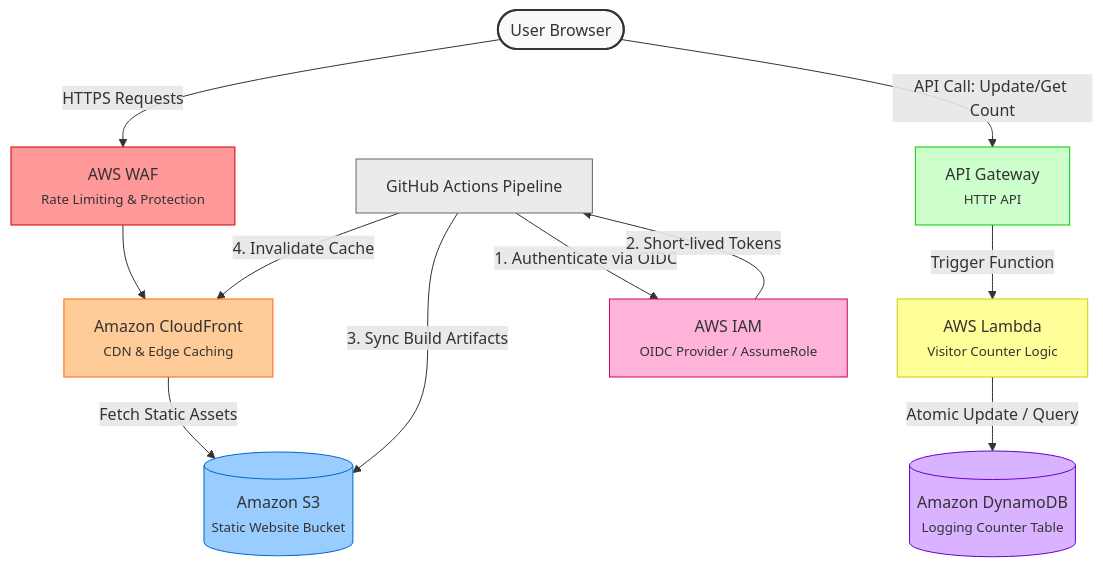
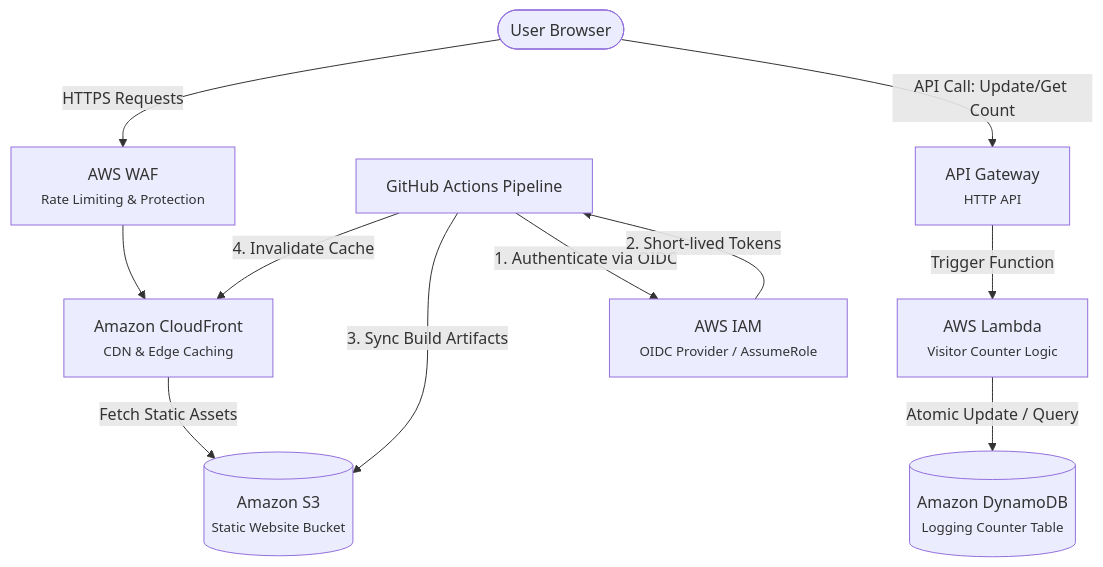
One commit to matusikal/portfolio changed the diagram in README.md. Above: the diagram before and after it, drawn with Mermaid.

Commit message:
update readmea

````diff
--- a/README.md
+++ b/README.md
@@ -13,29 +13,19 @@
 ```mermaid
 graph TD
     %% Users and Frontend Edge
     User([User Browser]) -->|HTTPS Requests| WAF[AWS WAF <br><small>Rate Limiting & Protection</small>]
     WAF --> CF[Amazon CloudFront <br><small>CDN & Edge Caching</small>]
     CF -->|Fetch Static Assets| S3[(Amazon S3 <br><small>Static Website Bucket</small>)]
 
     %% Backend API Flow
     User -->|API Call: Update/Get Count| APIGW[API Gateway <br><small>HTTP API</small>]
     APIGW -->|Trigger Function| Lambda[AWS Lambda <br><small>Visitor Counter Logic</small>]
     Lambda -->|Atomic Update / Query| DynamoDB[(Amazon DynamoDB <br><small>Logging Counter Table</small>)]
 
     %% CI/CD Deployment Pipeline
     GitHub[GitHub Actions Pipeline] -->|1. Authenticate via OIDC| IAM[AWS IAM <br><small>OIDC Provider / AssumeRole</small>]
     IAM -->|2. Short-lived Tokens| GitHub
     GitHub -->|3. Sync Build Artifacts| S3
     GitHub -->|4. Invalidate Cache| CF
 
-    %% Styling
-    style User fill:#f9f9f9,stroke:#333,stroke-width:2px
-    style WAF fill:#ff9999,stroke:#cc0000,stroke-width:1px
-    style CF fill:#ffcc99,stroke:#ff6600,stroke-width:1px
-    style S3 fill:#99ccff,stroke:#0066cc,stroke-width:1px
-    style APIGW fill:#ccffcc,stroke:#00cc00,stroke-width:1px
-    style Lambda fill:#ffff99,stroke:#cccc00,stroke-width:1px
-    style DynamoDB fill:#d9b3ff,stroke:#6600cc,stroke-width:1px
-    style GitHub fill:#ebebeb,stroke:#666,stroke-width:1px
-    style IAM fill:#ffb3d9,stroke:#cc0066,stroke-width:1px
 ```
````
